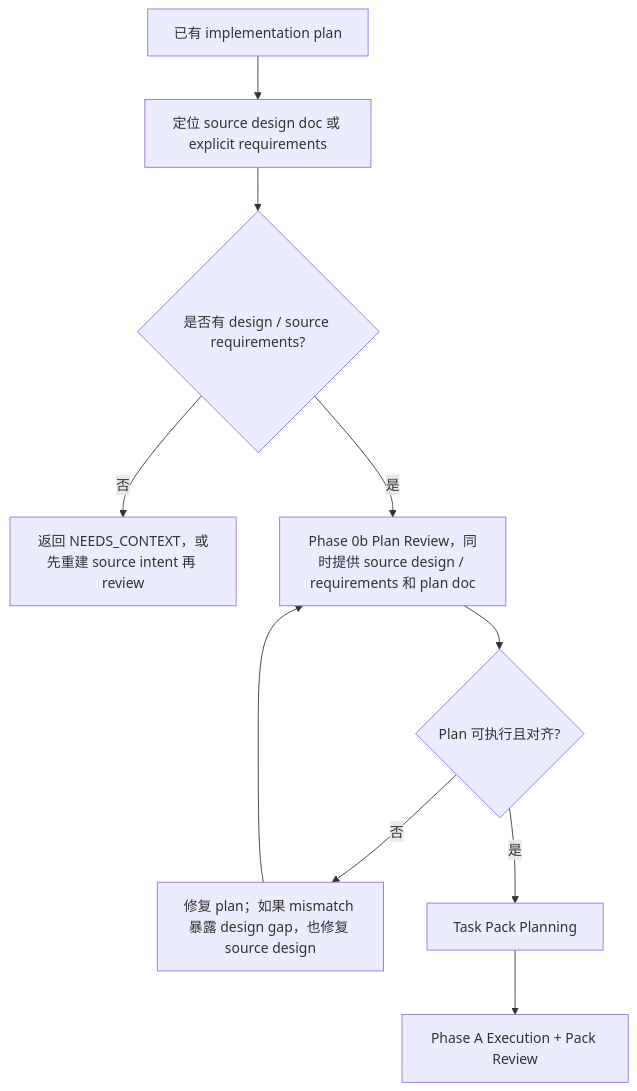
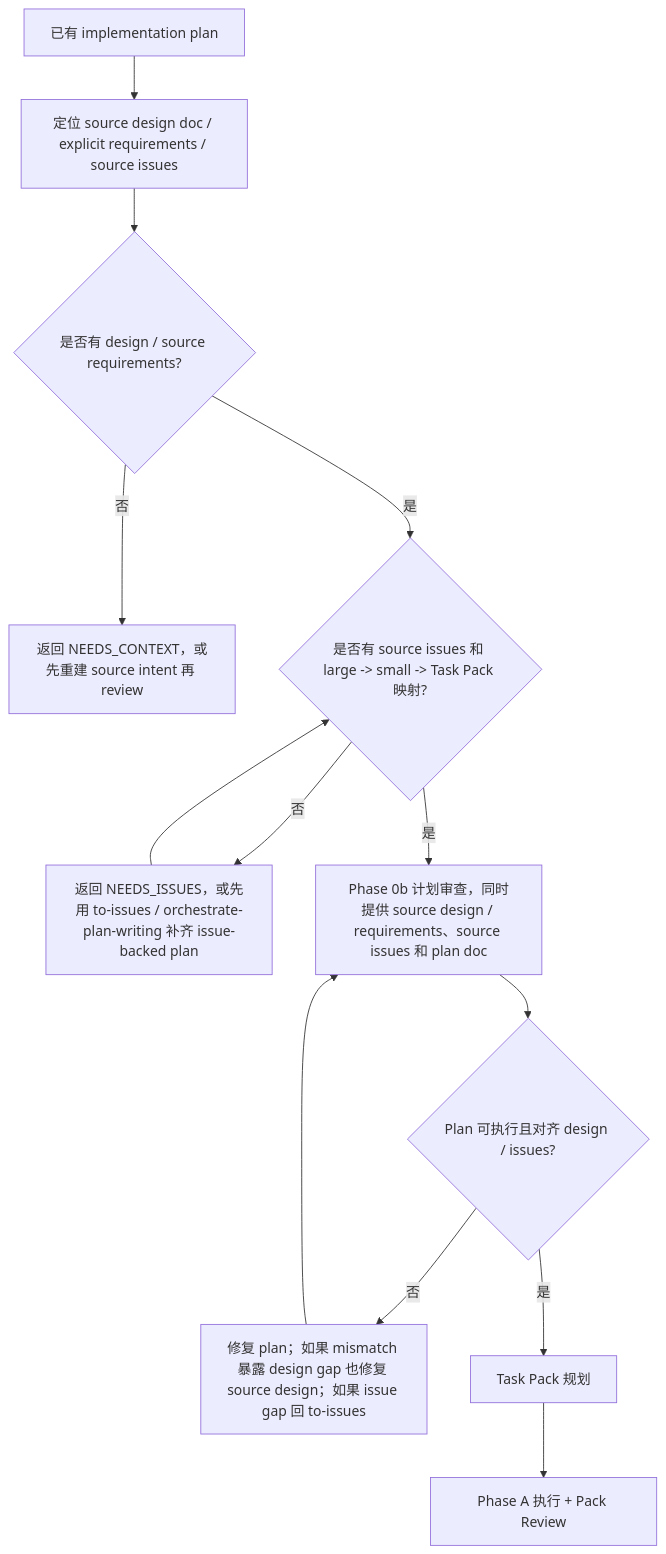
The fourth of 5 diagrams in .agents/skills/orchestrate-workflow/SKILL.md (chancheuklap/multi-model-workflow), drawn with Mermaid before and after one commit. The commit also changed other lines of this file and 20 other files, not shown here.

Commit message:
Align orchestrate workflow docs with issue-backed planning

````diff
--- a/.agents/skills/orchestrate-workflow/SKILL.md
+++ b/.agents/skills/orchestrate-workflow/SKILL.md
@@ -100,12 +106,15 @@
 ```mermaid
 flowchart TD
-    A["已有 implementation plan"] --> B["定位 source design doc 或 explicit requirements"]
+    A["已有 implementation plan"] --> B["定位 source design doc / explicit requirements / source issues"]
     B --> C{"是否有 design / source requirements?"}
     C -->|否| D["返回 NEEDS_CONTEXT，或先重建 source intent 再 review"]
-    C -->|是| E["Phase 0b Plan Review，同时提供 source design / requirements 和 plan doc"]
-    E --> F{"Plan 可执行且对齐?"}
-    F -->|否| G["修复 plan；如果 mismatch 暴露 design gap，也修复 source design"]
-    G --> E
-    F -->|是| H["Task Pack Planning"]
-    H --> I["Phase A Execution + Pack Review"]
+    C -->|是| E{"是否有 source issues 和 large -> small -> Task Pack 映射?"}
+    E -->|否| F["返回 NEEDS_ISSUES，或先用 to-issues / orchestrate-plan-writing 补齐 issue-backed plan"]
+    F --> E
+    E -->|是| G["Phase 0b 计划审查，同时提供 source design / requirements、source issues 和 plan doc"]
+    G --> H{"Plan 可执行且对齐 design / issues?"}
+    H -->|否| I["修复 plan；如果 mismatch 暴露 design gap 也修复 source design；如果 issue gap 回 to-issues"]
+    I --> G
+    H -->|是| J["Task Pack 规划"]
+    J --> K["Phase A 执行 + Pack Review"]
 ```
````
